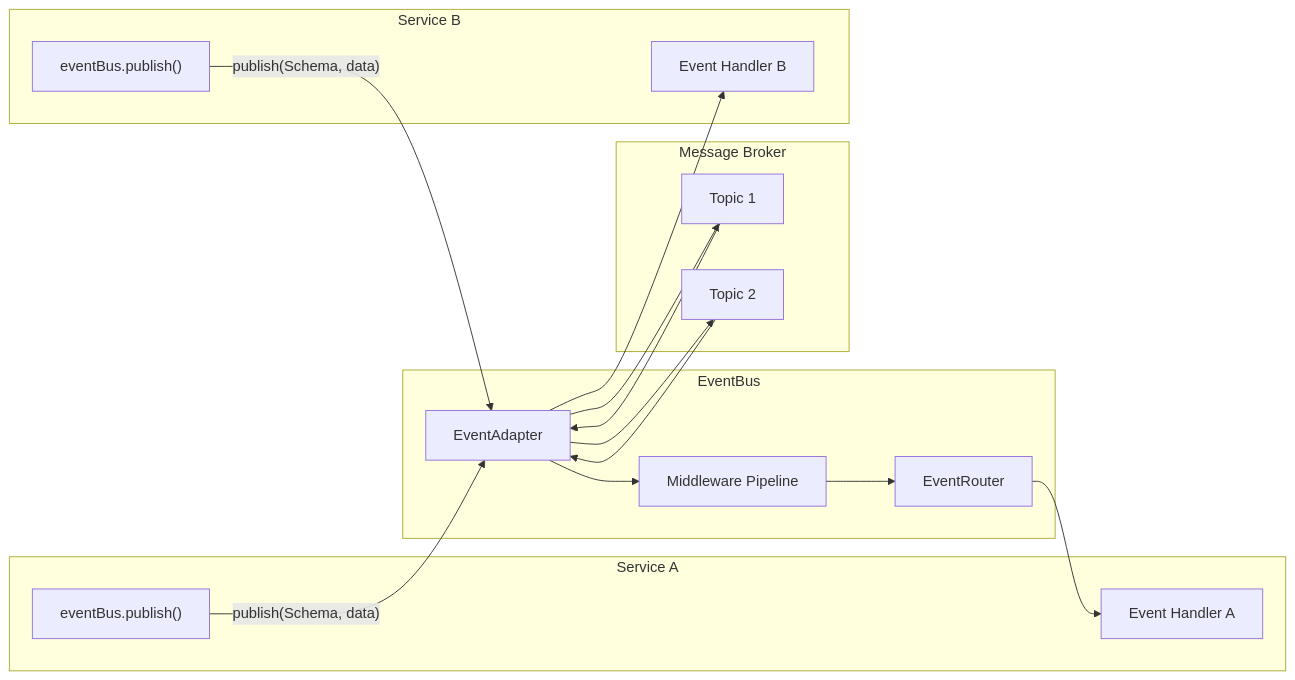
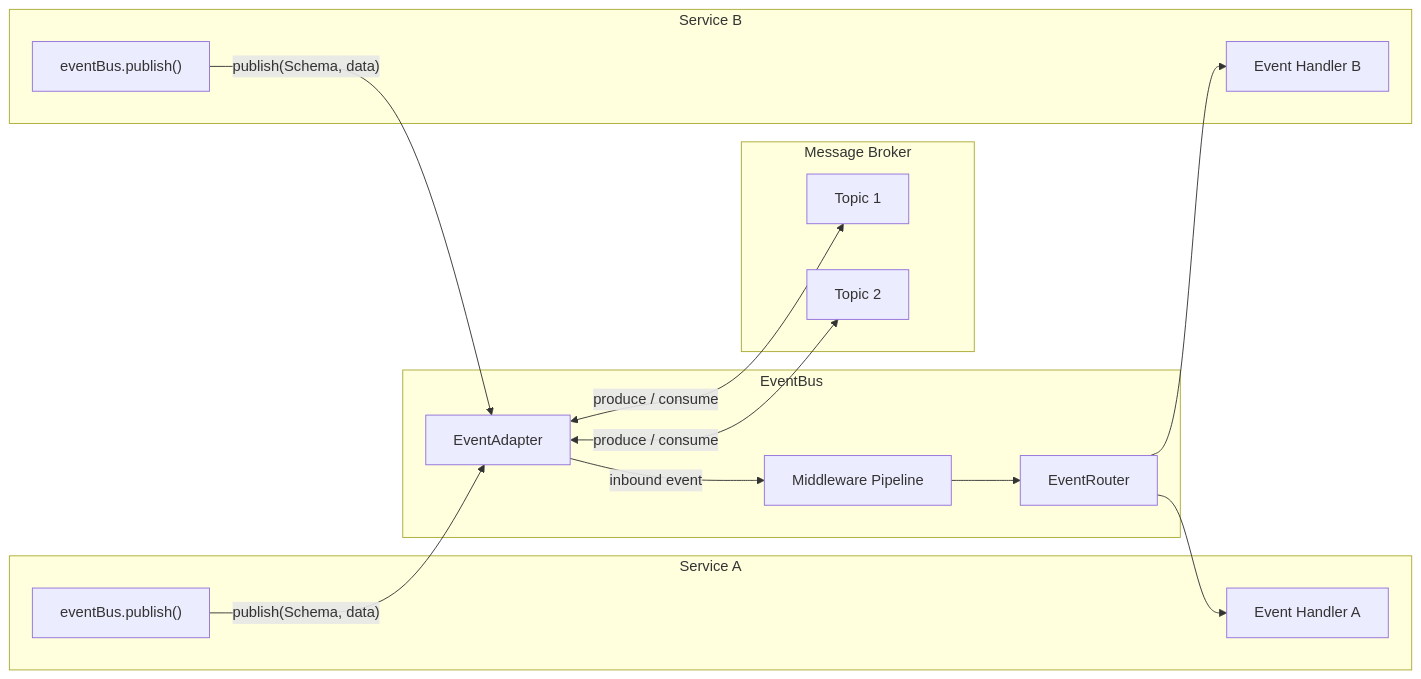
Before and after one commit to Connectum-Framework/docs: the diagram in en/guide/events.md, drawn with Mermaid. The commit also changed 9 other files, not shown here.

First line of the commit message:
feat: unify Mermaid diagram theme

````diff
--- a/en/guide/events.md
+++ b/en/guide/events.md
@@ -14,35 +14,34 @@
 ```mermaid
 graph LR
     subgraph Service A
         HA["Event Handler A"]
         PA["eventBus.publish()"]
     end
 
     subgraph EventBus
         R["EventRouter"]
         MW["Middleware Pipeline"]
         AD["EventAdapter"]
     end
 
     subgraph Broker["Message Broker"]
         T1["Topic 1"]
         T2["Topic 2"]
     end
 
     subgraph Service B
         HB["Event Handler B"]
         PB["eventBus.publish()"]
     end
 
     PA -->|"publish(Schema, data)"| AD
-    AD --> T1
-    AD --> T2
-    T1 --> AD
-    T2 --> AD
-    AD --> MW
+    PB -->|"publish(Schema, data)"| AD
+
+    AD <-->|"produce / consume"| T1
+    AD <-->|"produce / consume"| T2
+
+    AD -->|"inbound event"| MW
     MW --> R
     R --> HA
-
-    PB -->|"publish(Schema, data)"| AD
-    AD --> HB
+    R --> HB
 ```
````
